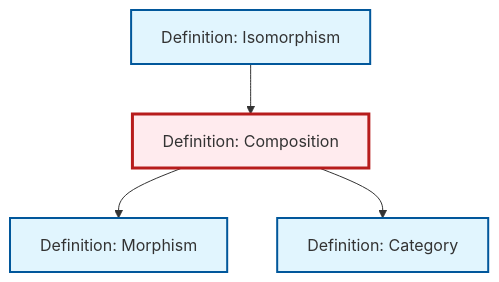
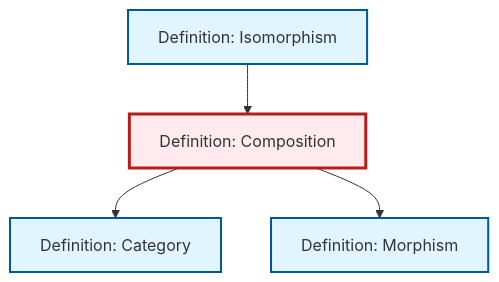
One commit to RK0429/ModernMath changed the diagram in content/ja/category-theory/def-composition.qmd. Above: the diagram before and after it, drawn with Mermaid. The commit also changed other lines of this file and 497 other files, not shown here.

````diff
--- a/content/ja/category-theory/def-composition.qmd
+++ b/content/ja/category-theory/def-composition.qmd
@@ -93,20 +93,20 @@
 ```{mermaid}
 %%| fig-cap: "Local dependency graph"
 graph TD
     classDef definition fill:#e1f5fe,stroke:#01579b,stroke-width:2px
     classDef theorem fill:#f3e5f5,stroke:#4a148c,stroke-width:2px
     classDef axiom fill:#fff3e0,stroke:#e65100,stroke-width:2px
     classDef example fill:#e8f5e9,stroke:#1b5e20,stroke-width:2px
     classDef current fill:#ffebee,stroke:#b71c1c,stroke-width:3px
-    def-category["Definition: Category"]:::definition
-    def-isomorphism["Definition: Isomorphism"]:::definition
     def-composition["Definition: Composition"]:::definition
     def-morphism["Definition: Morphism"]:::definition
+    def-isomorphism["Definition: Isomorphism"]:::definition
+    def-category["Definition: Category"]:::definition
+    def-composition --> def-category
     def-isomorphism --> def-composition
     def-composition --> def-morphism
-    def-composition --> def-category
     class def-composition current
+    click def-morphism "def-morphism.html" "Definition: Morphismへ"
+    click def-isomorphism "def-isomorphism.html" "Definition: Isomorphismへ"
     click def-category "def-category.html" "Definition: Categoryへ"
-    click def-isomorphism "def-isomorphism.html" "Definition: Isomorphismへ"
-    click def-morphism "def-morphism.html" "Definition: Morphismへ"
 ```
````
